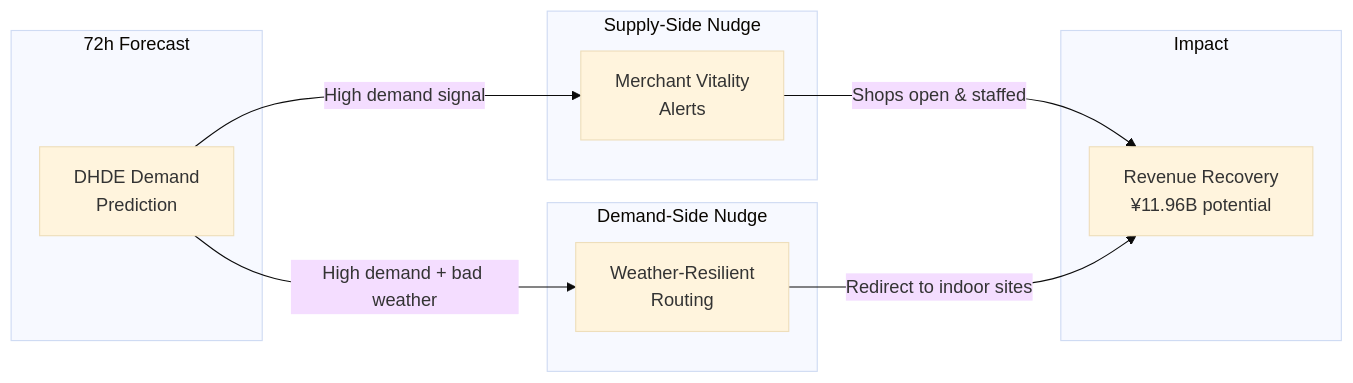
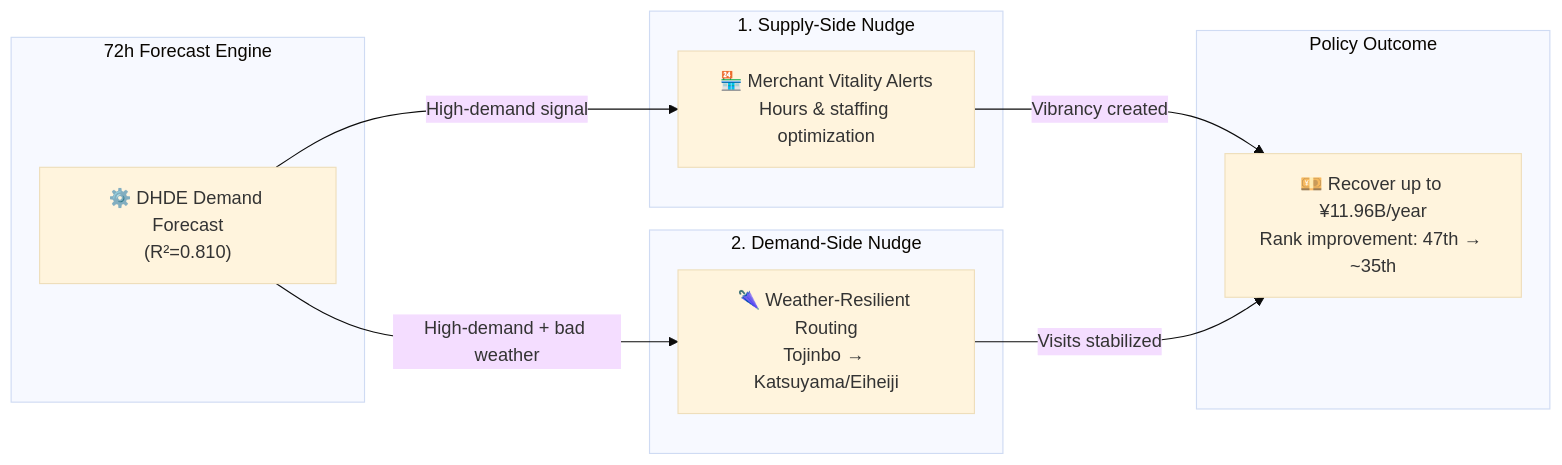
The second of 2 diagrams in output/EXECUTIVE_REPORT.md (dinabelay-hub/hokuriku-tourism-ai-governance), drawn with Mermaid (base theme) before and after one commit. The commit also changed other lines of this file, not shown here.

First line of the commit message:
Draft formal Japanese EBPM policy proposal for Hokuriku AI governance committee

````diff
--- a/output/EXECUTIVE_REPORT.md
+++ b/output/EXECUTIVE_REPORT.md
@@ -92,19 +118,19 @@
 ```mermaid
 graph LR
-    subgraph Forecast["72h Forecast"]
-        F["DHDE Demand<br/>Prediction"]
-    end
-    subgraph Supply["Supply-Side Nudge"]
-        SN["Merchant Vitality<br/>Alerts"]
-    end
-    subgraph Demand["Demand-Side Nudge"]
-        DN["Weather-Resilient<br/>Routing"]
-    end
-    subgraph Outcome["Impact"]
-        R["Revenue Recovery<br/>¥11.96B potential"]
-    end
-    F -->|"High demand signal"| SN
-    F -->|"High demand + bad weather"| DN
-    SN -->|"Shops open & staffed"| R
-    DN -->|"Redirect to indoor sites"| R
+	subgraph Forecast["72h Forecast Engine"]
+		F["⚙️ DHDE Demand Forecast<br/>(R²=0.810)"]
+	end
+	subgraph Supply["1. Supply-Side Nudge"]
+		SN["🏪 Merchant Vitality Alerts<br/>Hours & staffing optimization"]
+	end
+	subgraph Demand["2. Demand-Side Nudge"]
+		DN["🌂 Weather-Resilient Routing<br/>Tojinbo → Katsuyama/Eiheiji"]
+	end
+	subgraph Outcome["Policy Outcome"]
+		R["💴 Recover up to ¥11.96B/year<br/>Rank improvement: 47th → ~35th"]
+	end
+	F -->|"High-demand signal"| SN
+	F -->|"High-demand + bad weather"| DN
+	SN -->|"Vibrancy created"| R
+	DN -->|"Visits stabilized"| R
 ```
````
